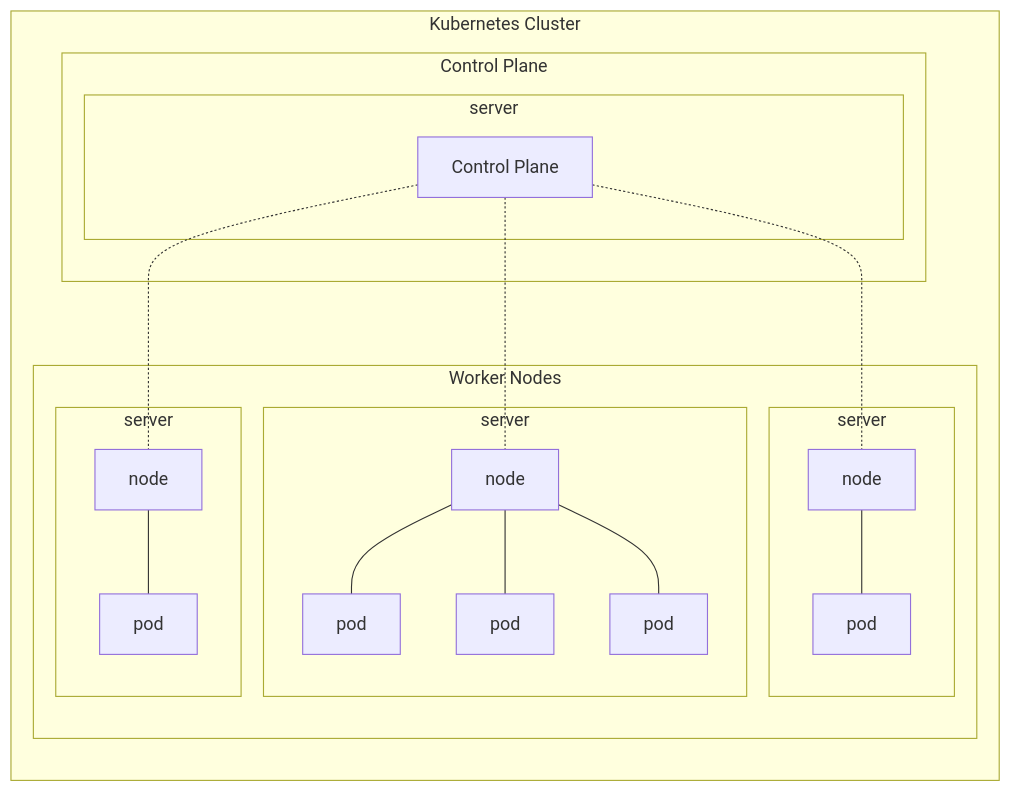
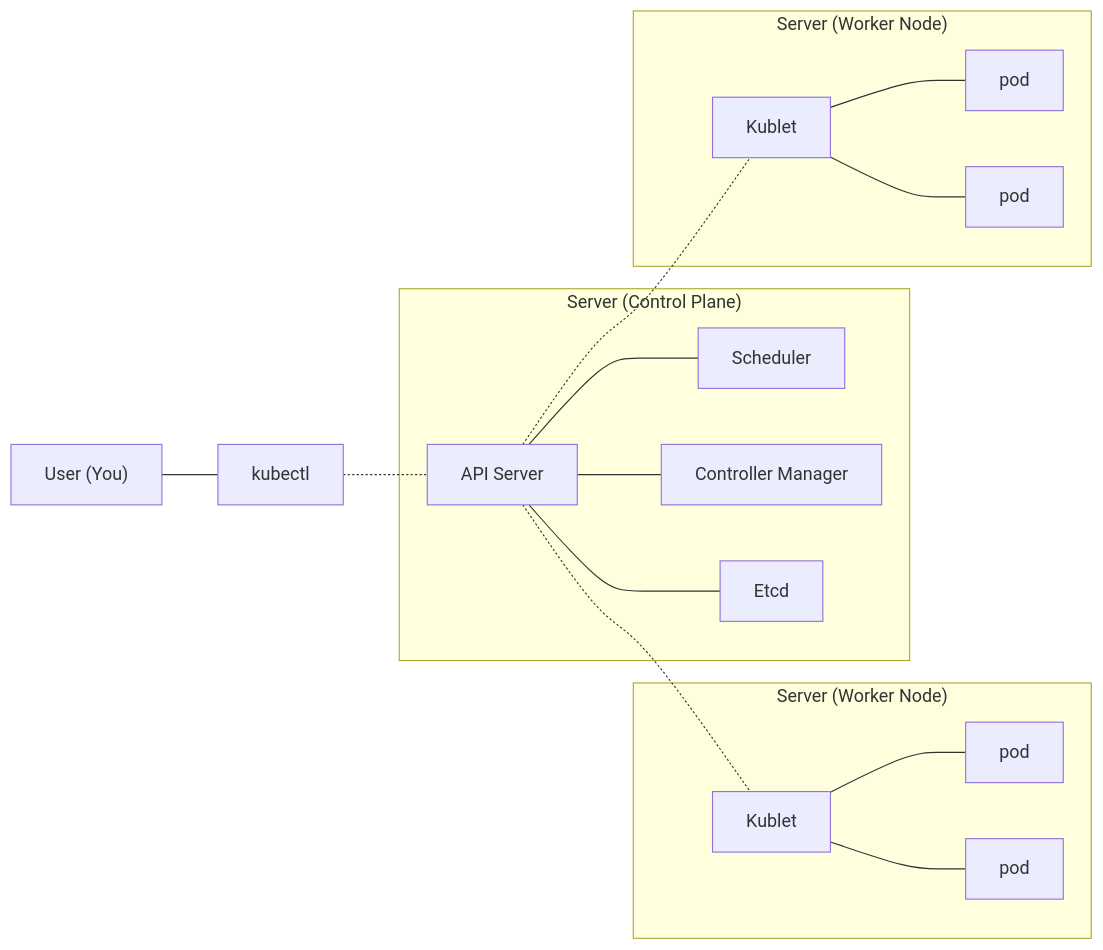
The first of 2 diagrams in kubernetes.md (mritzmann/cheatsheets), drawn with Mermaid before and after one commit. The commit also changed other lines of this file, not shown here.

````diff
--- a/kubernetes.md
+++ b/kubernetes.md
@@ -5,46 +7,43 @@
 ```mermaid
 graph LR
 
-node1 --- pod1_1
-node1 --- pod1_2
-node1 --- pod1_3
-node2 --- pod2_1
-node3 --- pod3_1
+api --- scheduler
+api --- control
+api --- etcd
 
-control -.- node1
-control -.- node2
-control -.- node3
+api -.- kublet1
+api -.- kublet2
 
-subgraph cluster["Kubernetes Cluster"]
+%% k8s admin
+user["User (You)"]
+user --- kubectl
+kubectl -.- api
 
-  subgraph controlplane["Control Plane"]
+subgraph server0["Server (Control Plane)"]
 
-    subgraph server0[server]
-      control["Control Plane"]
-    end
+  api["API Server"]
+  etcd[Etcd]
+  scheduler["Scheduler"]
+  control["Controller Manager"]
+end
 
-  end
+subgraph server1["Server (Worker Node)"]
+  kublet1[Kublet]
 
-  subgraph worker["Worker Nodes"]
+  pod1_1[pod]
+  pod1_2[pod]
+  
+  kublet1 --- pod1_1
+  kublet1 --- pod1_2
+end
 
-    subgraph server1[server]
-      node1[node]
-      pod1_1[pod]
-      pod1_2[pod]
-      pod1_3[pod]
-    end
+subgraph server2["Server (Worker Node)"]
+  kublet2[Kublet]
 
-    subgraph server2[server]
-      node2[node]
-      pod2_1[pod]
-    end
-
-    subgraph server3[server]
-      node3[node]
-      pod3_1[pod]
-    end
-
-  end
-
+  pod2_1[pod]
+  pod2_2[pod]
+  
+  kublet2 --- pod2_1
+  kublet2 --- pod2_2
 end
 ```
````
